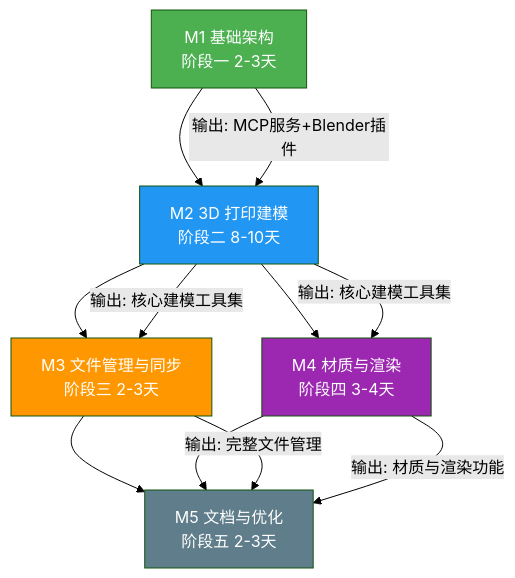
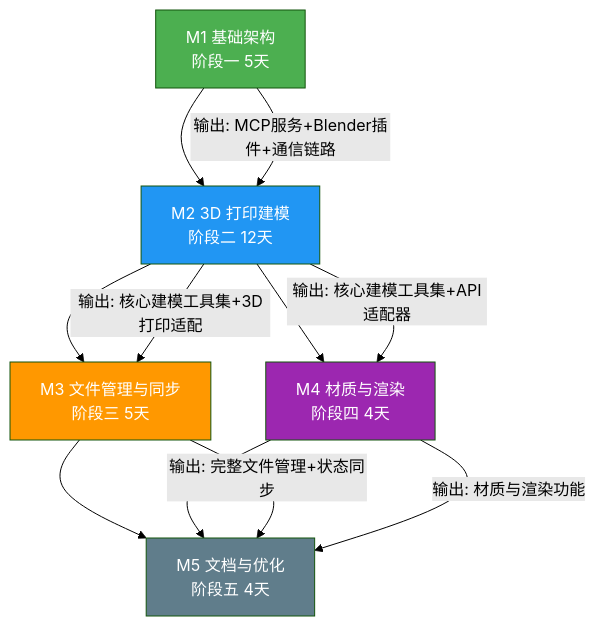
Before and after one commit to xjdxjd/Blender-MCP: the second of 2 diagrams in document/开发计划.md, drawn with Mermaid (forest theme). The commit also changed other lines of this file, not shown here.

````diff
--- a/document/开发计划.md
+++ b/document/开发计划.md
@@ -78,20 +93,20 @@
 ```mermaid
 flowchart TD
-    M1["M1 基础架构<br/>阶段一 2-3天"] --> M2["M2 3D 打印建模<br/>阶段二 8-10天"]
-    M2 --> M3["M3 文件管理与同步<br/>阶段三 2-3天"]
-    M2 --> M4["M4 材质与渲染<br/>阶段四 3-4天"]
-    M3 --> M5["M5 文档与优化<br/>阶段五 2-3天"]
+    M1["M1 基础架构<br/>阶段一 5天"] --> M2["M2 3D 打印建模<br/>阶段二 12天"]
+    M2 --> M3["M3 文件管理与同步<br/>阶段三 5天"]
+    M2 --> M4["M4 材质与渲染<br/>阶段四 4天"]
+    M3 --> M5["M5 文档与优化<br/>阶段五 4天"]
     M4 --> M5
 
-    M1 -->|"输出: MCP服务+Blender插件"| M2
-    M2 -->|"输出: 核心建模工具集"| M3
-    M2 -->|"输出: 核心建模工具集"| M4
-    M3 -->|"输出: 完整文件管理"| M5
+    M1 -->|"输出: MCP服务+Blender插件+通信链路"| M2
+    M2 -->|"输出: 核心建模工具集+3D打印适配"| M3
+    M2 -->|"输出: 核心建模工具集+API适配器"| M4
+    M3 -->|"输出: 完整文件管理+状态同步"| M5
     M4 -->|"输出: 材质与渲染功能"| M5
 
     style M1 fill:#4CAF50,color:#fff
     style M2 fill:#2196F3,color:#fff
     style M3 fill:#FF9800,color:#fff
     style M4 fill:#9C27B0,color:#fff
     style M5 fill:#607D8B,color:#fff
 ```
````
